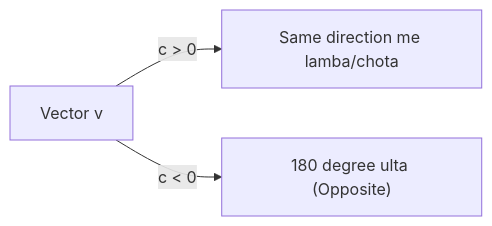
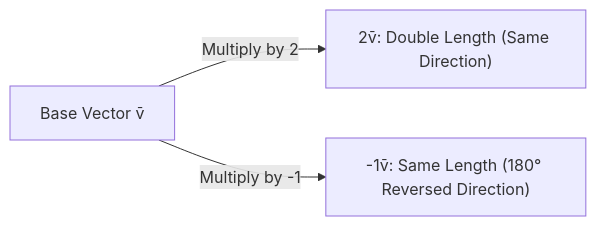
Before and after one commit to S1h2i3v4a/AI_ML: the diagram in lecture_21/Notes_21.09/README_HINGLISH.md, drawn with Mermaid. The commit also changed other lines of this file and 203 other files, not shown here.

Commit message:
docs(lectures 19-21): align notes with video lectures, add blackboard diagrams, clean structured functions, and compile vector PDFs

````diff
--- a/lecture_21/Notes_21.09/README_HINGLISH.md
+++ b/lecture_21/Notes_21.09/README_HINGLISH.md
@@ -15,5 +43,5 @@
 ```mermaid
 flowchart LR
-    A["Vector v"] -->|c > 0| B["Same direction me lamba/chota"]
-    A -->|c < 0| C["180 degree ulta (Opposite)"]
+    V["Base Vector v̄"] -->|Multiply by 2| V2["2v̄: Double Length (Same Direction)"]
+    V -->|Multiply by -1| NegV["-1v̄: Same Length (180° Reversed Direction)"]
 ```
````
